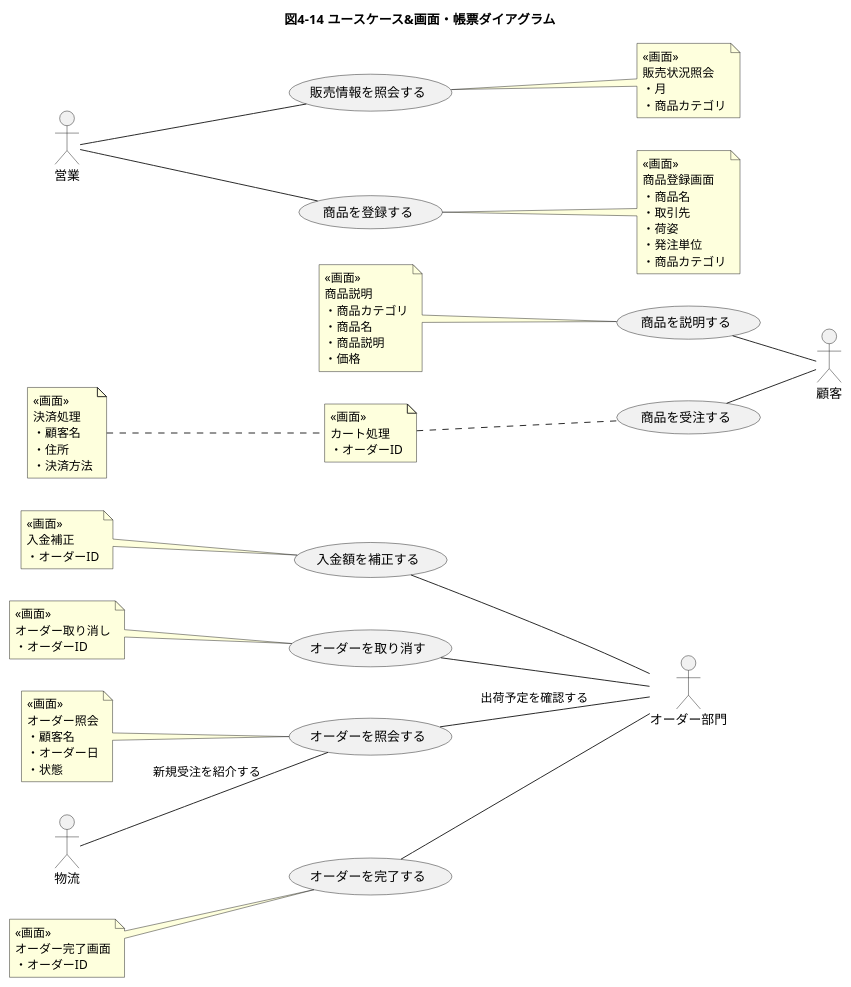
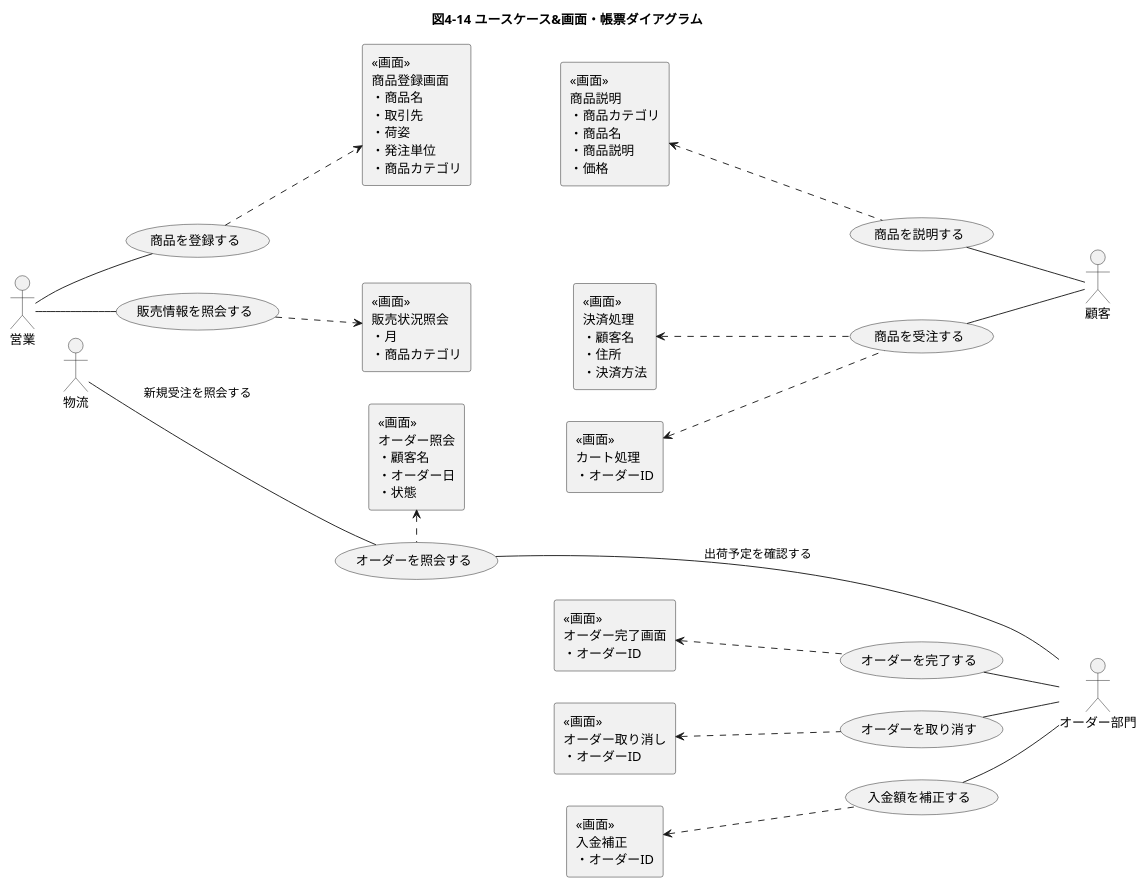
The diagram in chap04/4-15.puml (eyasuyuki/rdra-example), drawn with PlantUML before and after one commit. The commit also changed 9 other files, not shown here.

```diff
--- a/chap04/4-15.puml
+++ b/chap04/4-15.puml
@@ -1,35 +1,55 @@
 @startuml
 left to right direction
 title 図4-14 ユースケース&画面・帳票ダイアグラム
 actor 物流 as A1
 actor 営業 as A2
 actor オーダー部門 as A3
 actor 顧客 as A4
 usecase オーダーを照会する as U1
-    note left: <<画面>>\nオーダー照会\n・顧客名\n・オーダー日\n・状態
 usecase 入金額を補正する as U2
-    note left: <<画面>>\n入金補正\n・オーダーID
 usecase オーダーを取り消す as U3
-    note left: <<画面>>\nオーダー取り消し\n・オーダーID
 usecase オーダーを完了する as U4
-    note left: <<画面>>\nオーダー完了画面\n・オーダーID
 usecase 商品を受注する as U5
-    note left: <<画面>>\nカート処理\n・オーダーID
-    note left: <<画面>>\n決済処理\n・顧客名\n・住所\n・決済方法
 usecase 商品を説明する as U6
-    note left: <<画面>>\n商品説明\n・商品カテゴリ\n・商品名\n・商品説明\n・価格
 usecase 商品を登録する as U7
-    note right: <<画面>>\n商品登録画面\n・商品名\n・取引先\n・荷姿\n・発注単位\n・商品カテゴリ
 usecase 販売情報を照会する as U8
-    note right: <<画面>>\n販売状況照会\n・月\n・商品カテゴリ
+rectangle "<<画面>>\nオーダー照会\n・顧客名\n・オーダー日\n・状態" as R1
+rectangle "<<画面>>\n入金補正\n・オーダーID" as R2
+rectangle "<<画面>>\nオーダー取り消し\n・オーダーID" as R3
+rectangle "<<画面>>\nオーダー完了画面\n・オーダーID" as R4
+rectangle "<<画面>>\nカート処理\n・オーダーID" as R5
+rectangle "<<画面>>\n決済処理\n・顧客名\n・住所\n・決済方法" as R6
+rectangle "<<画面>>\n商品説明\n・商品カテゴリ\n・商品名\n・商品説明\n・価格" as R7
+rectangle "<<画面>>\n商品登録画面\n・商品名\n・取引先\n・荷姿\n・発注単位\n・商品カテゴリ" as R8
+rectangle "<<画面>>\n販売状況照会\n・月\n・商品カテゴリ" as R9
+R2 <.. U2
 U2 -- A3
+R3 <.. U3
 U3 -- A3
-A1 -- U1: 新規受注を紹介する
+R1 <.right. U1
+A1 -- U1: 新規受注を照会する
 U1 -- A3: 出荷予定を確認する
+R4 <.. U4
 U4 -- A3
+U4 -[hidden]right- U3
+U3 -[hidden]right- U2
 A2 -- U8
+A2 -[hidden]right- A1
+U8 .down.> R9
 A2 -- U7
+U7 -[hidden]right- U8
+U7 .down.> R8
+R8 -[hidden]right- R9
+R8 -[hidden]- R7
+R7 -[hidden]right- R5
+R9 -[hidden]- R5
+R9 -[hidden]right- R1
 U7 -[hidden]- U6
+R7 <.. U6
+R5 <.. U5
+R5 -[hidden]right- R6
+R6 -[hidden]right- R4
+R6 <.. U5
 U6 -- A4
 U5 -- A4
 @enduml
```
